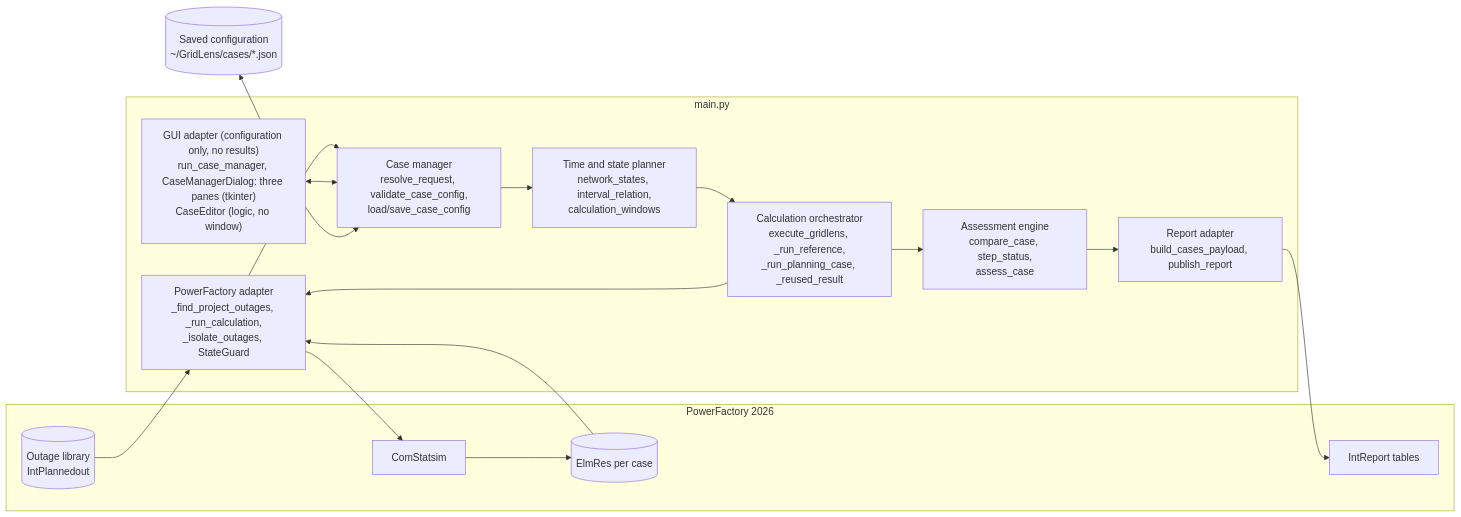
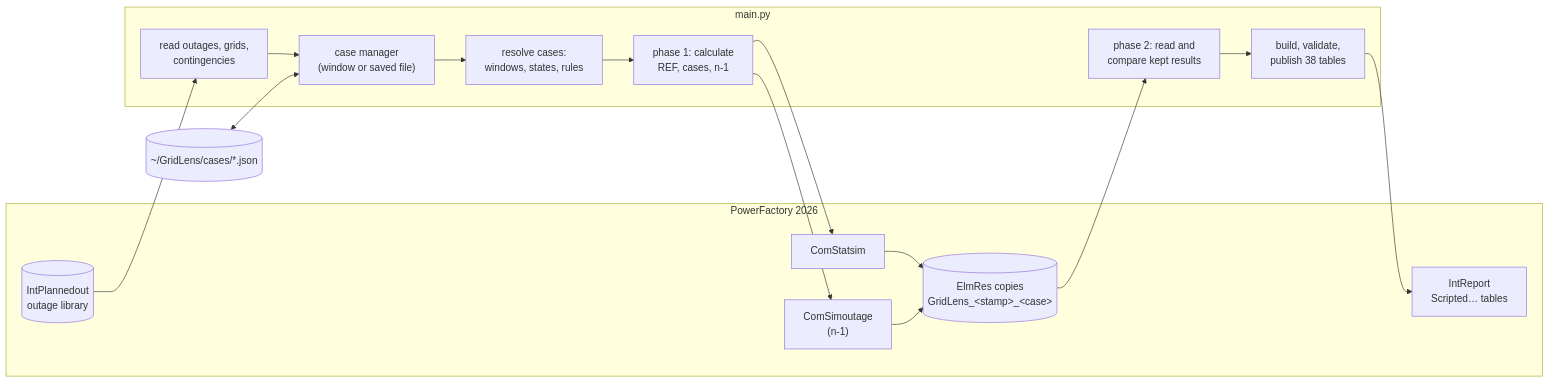
The first of 5 diagrams in docs/ARCHITECTURE.md (hadiibrahim-Engin/GridLensAssessment), drawn with Mermaid before and after one commit. The commit also changed other lines of this file and 13 other files, not shown here.

````diff
--- a/docs/ARCHITECTURE.md
+++ b/docs/ARCHITECTURE.md
@@ -124,26 +42,24 @@
 ```mermaid
 flowchart LR
     subgraph PF["PowerFactory 2026"]
-        OL[("Outage library<br/>IntPlannedout")]
+        OL[("IntPlannedout<br/>outage library")]
         QDS["ComStatsim"]
-        RES[("ElmRes per case")]
-        REP["IntReport tables"]
+        CA["ComSimoutage<br/>(n-1)"]
+        RES[("ElmRes copies<br/>GridLens_&lt;stamp&gt;_&lt;case&gt;")]
+        REP["IntReport<br/>Scripted… tables"]
     end
     subgraph GL["main.py"]
-        AD["PowerFactory adapter<br/>_find_project_outages, _run_calculation,<br/>_isolate_outages, StateGuard"]
-        CM["Case manager<br/>resolve_request, validate_case_config,<br/>load/save_case_config"]
-        GUI["GUI adapter (configuration only, no results)<br/>run_case_manager, CaseManagerDialog: three panes (tkinter)<br/>CaseEditor (logic, no window)"]
-        TP["Time and state planner<br/>network_states, interval_relation,<br/>calculation_windows"]
-        OR["Calculation orchestrator<br/>execute_gridlens, _run_reference,<br/>_run_planning_case, _reused_result"]
-        AE["Assessment engine<br/>compare_case, step_status,<br/>assess_case"]
-        RA["Report adapter<br/>build_cases_payload, publish_report"]
+        IN["read outages, grids,<br/>contingencies"]
+        CM["case manager<br/>(window or saved file)"]
+        RQ["resolve cases:<br/>windows, states, rules"]
+        P1["phase 1: calculate<br/>REF, cases, n-1"]
+        P2["phase 2: read and<br/>compare kept results"]
+        RP["build, validate,<br/>publish 38 tables"]
     end
-    CFG[("Saved configuration<br/>~/GridLens/cases/*.json")]
-    OL --> AD --> CM
-    GUI <--> CM
+    CFG[("~/GridLens/cases/*.json")]
+    OL --> IN --> CM --> RQ --> P1
     CFG <--> CM
-    CM --> TP --> OR
-    OR --> AD
-    AD --> QDS --> RES --> AD
-    OR --> AE --> RA --> REP
+    P1 --> QDS --> RES
+    P1 --> CA --> RES
+    RES --> P2 --> RP --> REP
 ```
````
